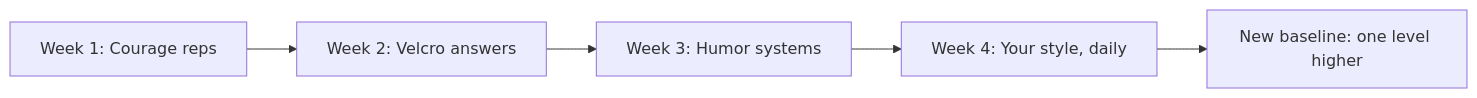
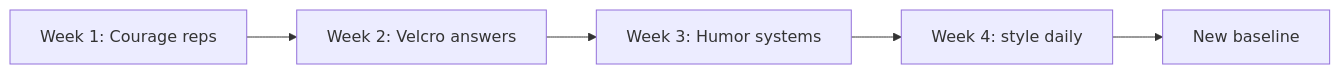
One commit to jrajath94/ai-podcast-curriculum changed the diagram in content/tracks/charisma/ep04.md. Above: the diagram before and after it, drawn with Mermaid.

Commit message:
Charisma: 35 figures (F1-F7 PASS)

````diff
--- a/content/tracks/charisma/ep04.md
+++ b/content/tracks/charisma/ep04.md
@@ -136,7 +136,7 @@
 ```mermaid
 graph LR
     A[Week 1: Courage reps] --> B[Week 2: Velcro answers]
     B --> C[Week 3: Humor systems]
-    C --> D[Week 4: Your style, daily]
-    D --> E[New baseline: one level higher]
+    C --> D[Week 4: style daily]
+    D --> E[New baseline]
 ```
````
